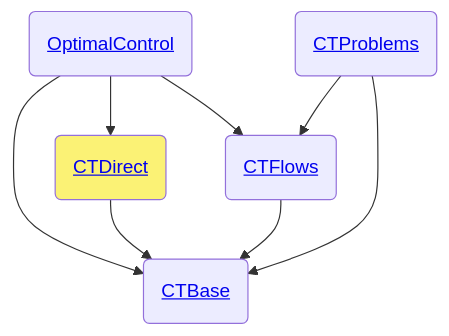
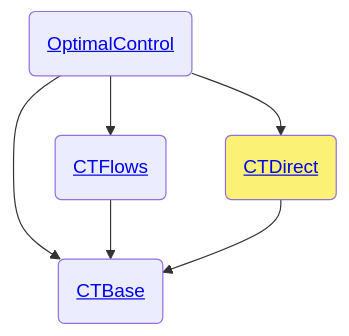
Before and after one commit to control-toolbox/OptimalControl.jl: the diagram in docs/src/api-ctdirect.md, drawn with Mermaid. The commit also changed 5 other files, not shown here.

````diff
--- a/docs/src/api-ctdirect.md
+++ b/docs/src/api-ctdirect.md
@@ -9,11 +9,9 @@
 ```mermaid
 flowchart TD
-O(<a href='https://control-toolbox.org/docs/optimalcontrol/stable/'>OptimalControl</a>) --> B(<a href='https://control-toolbox.org/docs/ctbase/stable/'>CTBase</a>)
-O --> D(<a href='https://control-toolbox.org/docs/ctdirect/stable/'>CTDirect</a>)
-O --> F(<a href='https://control-toolbox.org/docs/ctflows/stable/'>CTFlows</a>)
-P(<a href='https://control-toolbox.org/docs/ctproblems/stable/'>CTProblems</a>) --> F
-P --> B
+O(<a href='https://control-toolbox.org/OptimalControl.jl/stable/'>OptimalControl</a>) --> B(<a href='https://control-toolbox.org/OptimalControl.jl/stable/api-ctbase.html'>CTBase</a>)
+O --> D(<a href='https://control-toolbox.org/OptimalControl.jl/stable/api-ctdirect.html'>CTDirect</a>)
+O --> F(<a href='https://control-toolbox.org/OptimalControl.jl/stable/api-ctflows.html'>CTFlows</a>)
 F --> B
 D --> B
 style D fill:#FBF275
 ```
````
